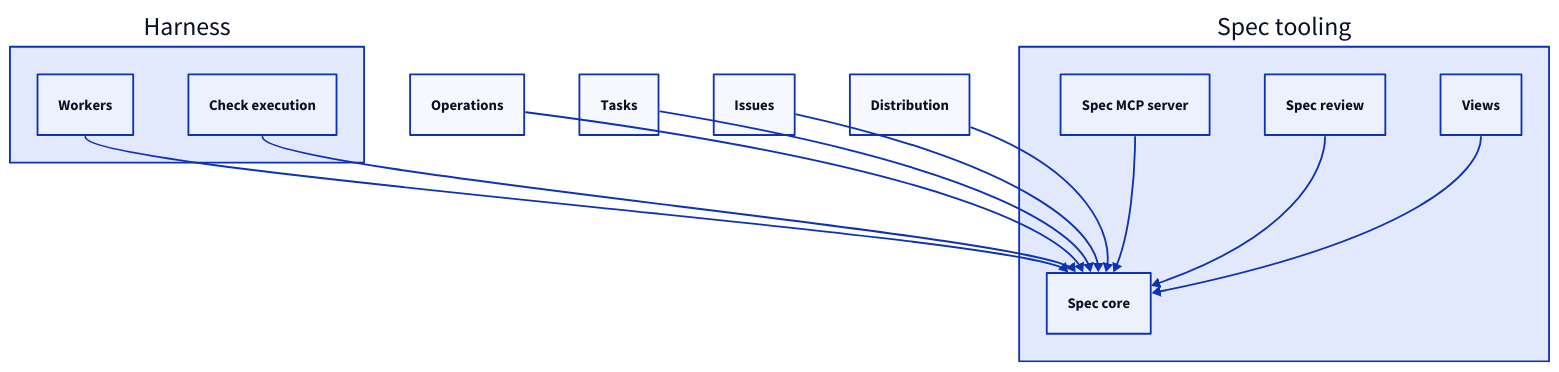
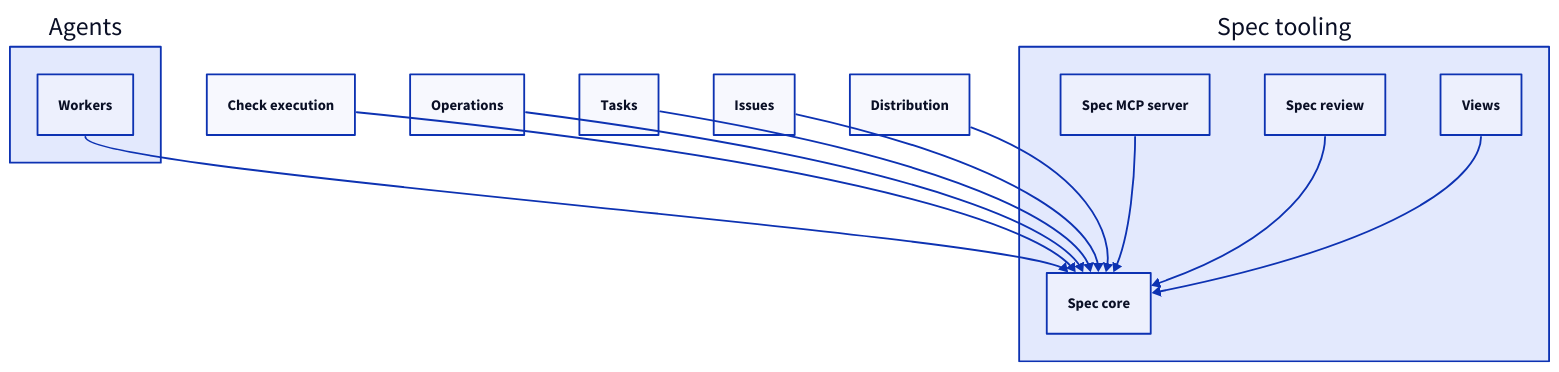
One commit to FTOD/concorde changed the third of 3 diagrams in specs/concorde/spec-tooling/spec/module.md. Above: the diagram before and after it, drawn with D2. The commit also changed 81 other files, not shown here.

First line of the commit message:
Organize agents by work level and make the Harness agent-independent

````diff
--- a/specs/concorde/spec-tooling/spec/module.md
+++ b/specs/concorde/spec-tooling/spec/module.md
@@ -259,25 +259,25 @@
 ```d2
 tooling: Spec tooling {
   core: Spec core
   mcp: Spec MCP server
   review: Spec review
   views: Views
   mcp -> core
   review -> core
   views -> core
 }
-harness: Harness {
+agents: Agents {
   workers: Workers
-  checks: Check execution
 }
+checks: Check execution
 operations: Operations
 tasks: Tasks
 issues: Issues
 distribution: Distribution
-harness.workers -> tooling.core
-harness.checks -> tooling.core
+agents.workers -> tooling.core
+checks -> tooling.core
 operations -> tooling.core
 tasks -> tooling.core
 issues -> tooling.core
 distribution -> tooling.core
 ```
````
